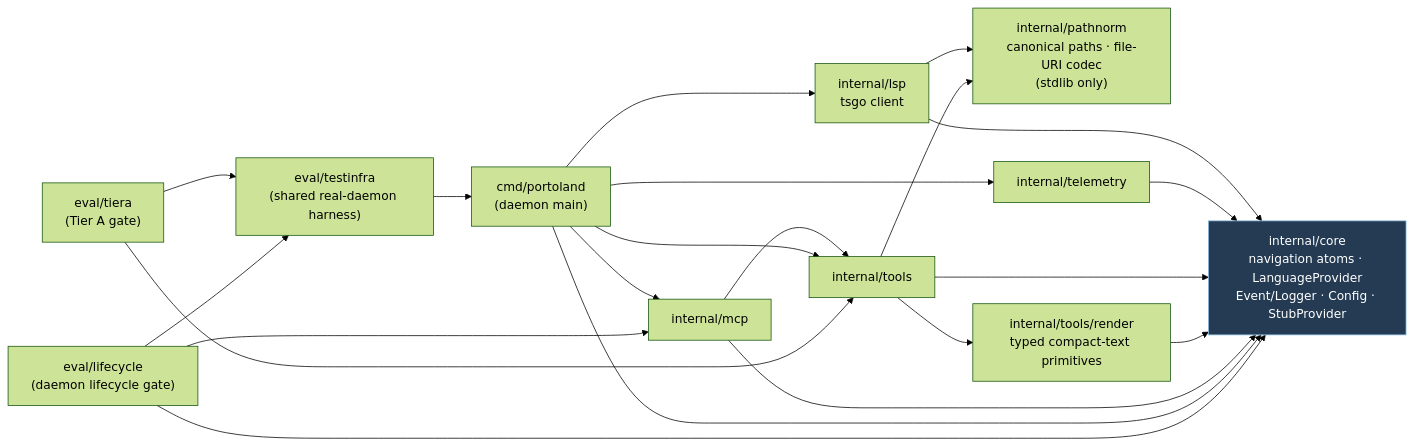
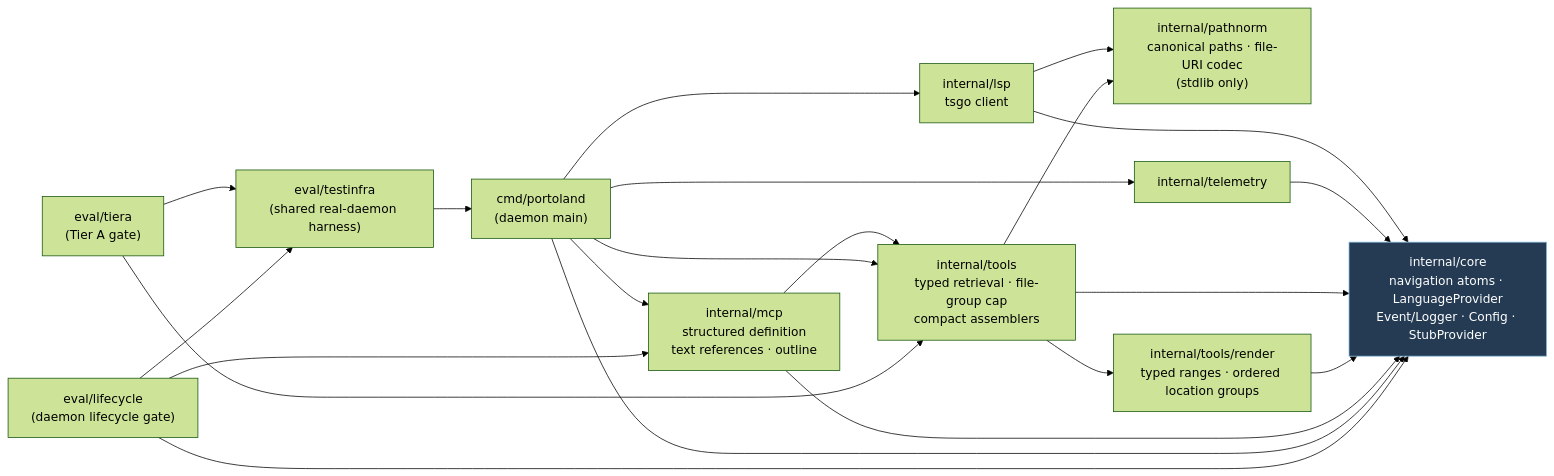
One commit to skflowne/portolan changed the fourth of 6 diagrams in ARCHITECTURE.md. Above: the diagram before and after it, drawn with Mermaid (forest theme). The commit also changed other lines of this file and 6 other files, not shown here.

````diff
--- a/ARCHITECTURE.md
+++ b/ARCHITECTURE.md
@@ -239,38 +239,38 @@
 ```mermaid
 flowchart LR
     core["internal/core<br/>navigation atoms · LanguageProvider<br/>Event/Logger · Config · StubProvider"]
     lsp["internal/lsp<br/>tsgo client"]
     path["internal/pathnorm<br/>canonical paths · file-URI codec<br/>(stdlib only)"]
     tel["internal/telemetry"]
-    tools["internal/tools"]
-    render["internal/tools/render<br/>typed compact-text primitives"]
-    mcp["internal/mcp"]
+    tools["internal/tools<br/>typed retrieval · file-group cap<br/>compact assemblers"]
+    render["internal/tools/render<br/>typed ranges · ordered location groups"]
+    mcp["internal/mcp<br/>structured definition<br/>text references · outline"]
     cmd["cmd/portoland<br/>(daemon main)"]
     eval["eval/tiera<br/>(Tier A gate)"]
     lifecycle["eval/lifecycle<br/>(daemon lifecycle gate)"]
     testinfra["eval/testinfra<br/>(shared real-daemon harness)"]
 
     lsp --> core
     lsp --> path
     tel --> core
     tools --> core
     tools --> path
     tools --> render
     render --> core
     mcp --> core
     mcp --> tools
     cmd --> core
     cmd --> lsp
     cmd --> tel
     cmd --> mcp
     cmd --> tools
     eval --> tools
     eval --> testinfra
     lifecycle --> testinfra
     lifecycle --> mcp
     lifecycle --> core
     testinfra --> cmd
 
     classDef center fill:#243b53,stroke:#8bd,color:#fff;
     class core center;
 ```
````
